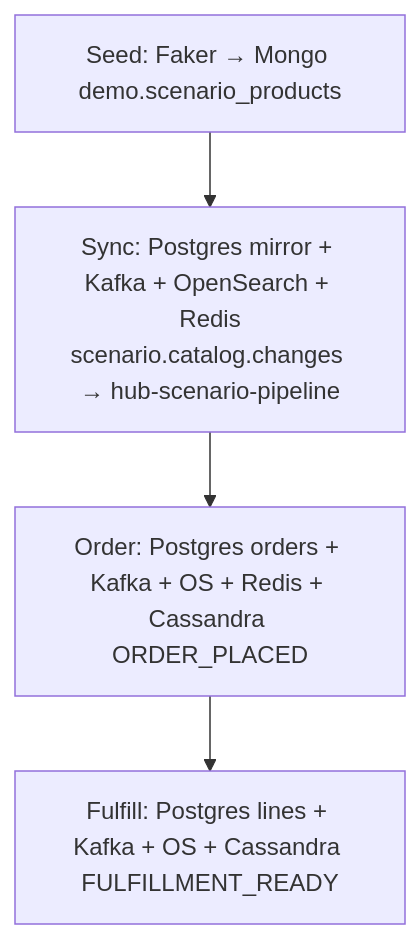
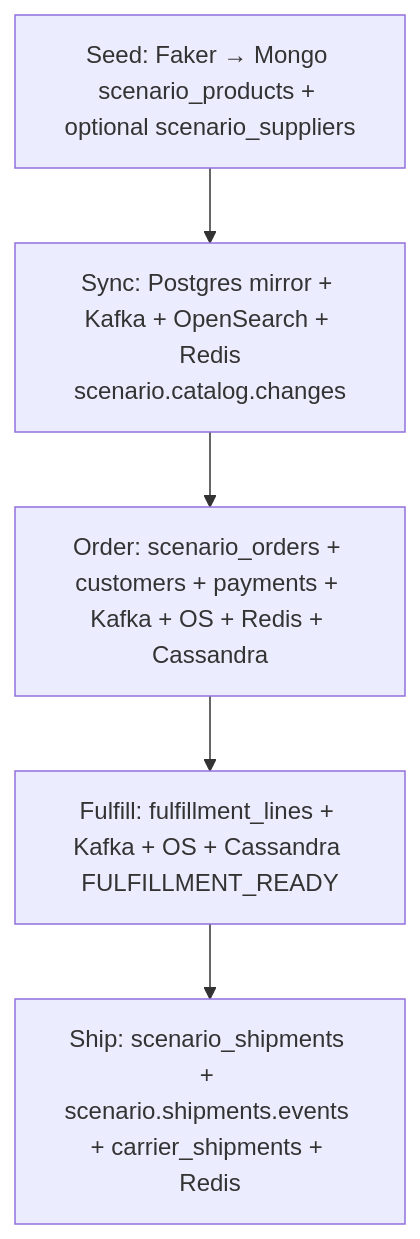
One commit to daksh17/cassandra_testing changed the second of 2 diagrams in mcac-demo-hub/dashboards/demo/deploy/docker/realtime-orders-search-hub/README-SCENARIO-FLOW.md. Above: the diagram before and after it, drawn with Mermaid. The commit also changed other lines of this file and 12 other files, not shown here.

First line of the commit message:
demo-hub: expand multi-DB scenario (customers, payments, shipments, docs)

````diff
--- a/mcac-demo-hub/dashboards/demo/deploy/docker/realtime-orders-search-hub/README-SCENARIO-FLOW.md
+++ b/mcac-demo-hub/dashboards/demo/deploy/docker/realtime-orders-search-hub/README-SCENARIO-FLOW.md
@@ -156,8 +177,9 @@
 ```mermaid
 flowchart TB
-  A[Seed: Faker → Mongo demo.scenario_products]
-  B[Sync: Postgres mirror + Kafka + OpenSearch + Redis\nscenario.catalog.changes → hub-scenario-pipeline]
-  C[Order: Postgres orders + Kafka + OS + Redis + Cassandra ORDER_PLACED]
-  D[Fulfill: Postgres lines + Kafka + OS + Cassandra FULFILLMENT_READY]
-  A --> B --> C --> D
+  A[Seed: Faker → Mongo scenario_products + optional scenario_suppliers]
+  B[Sync: Postgres mirror + Kafka + OpenSearch + Redis\nscenario.catalog.changes]
+  C[Order: scenario_orders + customers + payments + Kafka + OS + Redis + Cassandra]
+  D[Fulfill: fulfillment_lines + Kafka + OS + Cassandra FULFILLMENT_READY]
+  E[Ship: scenario_shipments + scenario.shipments.events + carrier_shipments + Redis]
+  A --> B --> C --> D --> E
 ```
````
